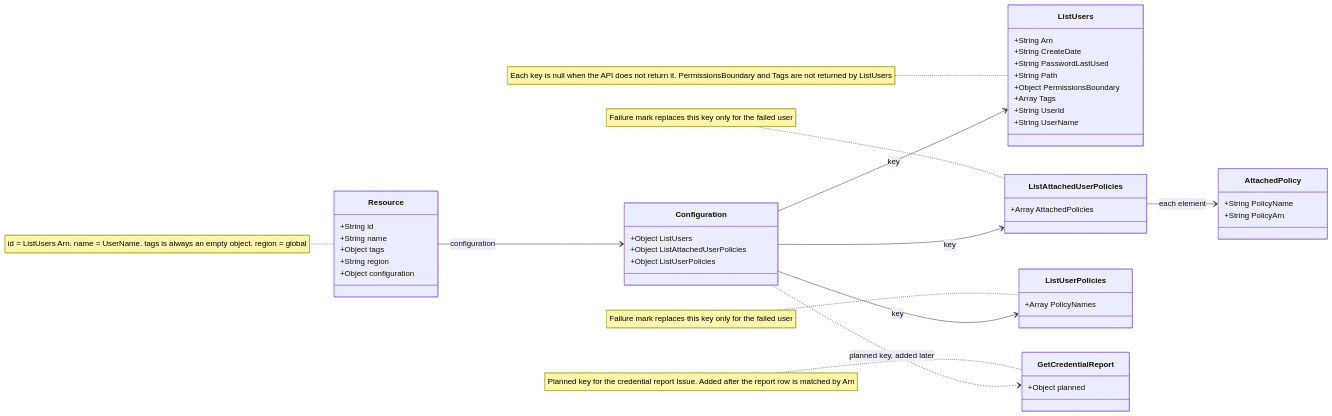
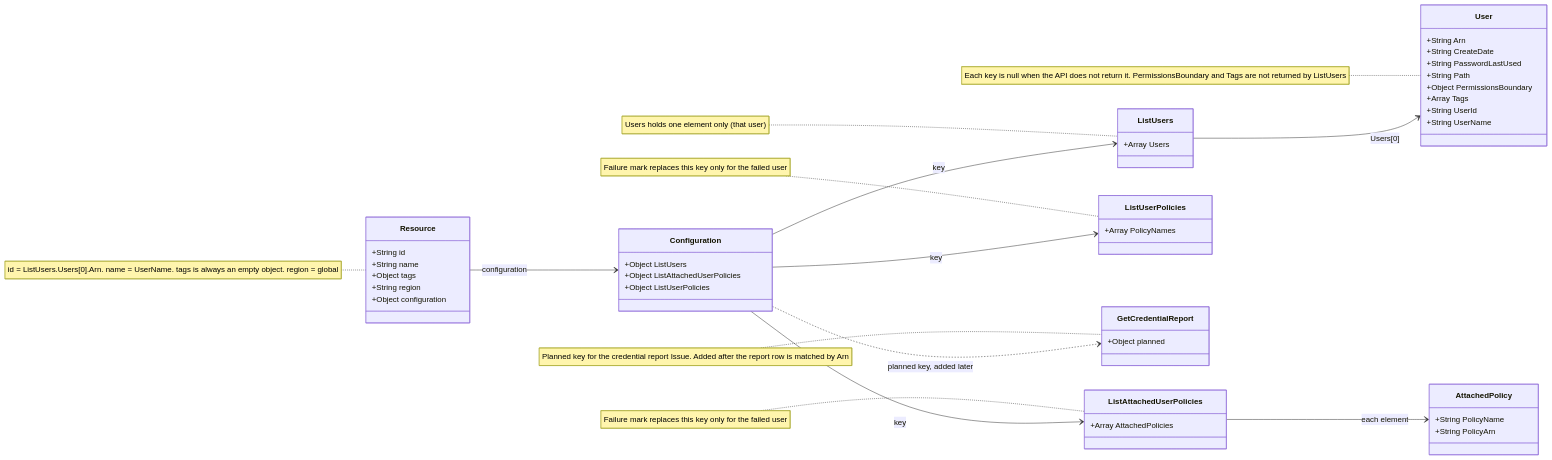
One commit to morryyrrom/yata-cli changed the diagram in docs/diagrams/Diagram-0012-IAM-User-Config-Keys.md. Above: the diagram before and after it, drawn with Mermaid. The commit also changed 9 other files, not shown here.

````diff
--- a/docs/diagrams/Diagram-0012-IAM-User-Config-Keys.md
+++ b/docs/diagrams/Diagram-0012-IAM-User-Config-Keys.md
@@ -3,59 +3,65 @@
 ```mermaid
 classDiagram
     direction LR
 
     class Resource {
         +String id
         +String name
         +Object tags
         +String region
         +Object configuration
     }
 
     class Configuration {
         +Object ListUsers
         +Object ListAttachedUserPolicies
         +Object ListUserPolicies
     }
 
     class ListUsers {
+        +Array Users
+    }
+
+    class User {
         +String Arn
         +String CreateDate
         +String PasswordLastUsed
         +String Path
         +Object PermissionsBoundary
         +Array Tags
         +String UserId
         +String UserName
     }
 
     class ListAttachedUserPolicies {
         +Array AttachedPolicies
     }
 
     class AttachedPolicy {
         +String PolicyName
         +String PolicyArn
     }
 
     class ListUserPolicies {
         +Array PolicyNames
     }
 
     class GetCredentialReport {
         +Object planned
     }
 
-    note for Resource "id = ListUsers Arn. name = UserName. tags is always an empty object. region = global"
-    note for ListUsers "Each key is null when the API does not return it. PermissionsBoundary and Tags are not returned by ListUsers"
+    note for Resource "id = ListUsers.Users[0].Arn. name = UserName. tags is always an empty object. region = global"
+    note for ListUsers "Users holds one element only (that user)"
+    note for User "Each key is null when the API does not return it. PermissionsBoundary and Tags are not returned by ListUsers"
     note for ListAttachedUserPolicies "Failure mark replaces this key only for the failed user"
     note for ListUserPolicies "Failure mark replaces this key only for the failed user"
     note for GetCredentialReport "Planned key for the credential report Issue. Added after the report row is matched by Arn"
 
     Resource --> Configuration : configuration
     Configuration --> ListUsers : key
+    ListUsers --> User : Users[0]
     Configuration --> ListAttachedUserPolicies : key
     Configuration --> ListUserPolicies : key
     Configuration ..> GetCredentialReport : planned key, added later
     ListAttachedUserPolicies --> AttachedPolicy : each element
 ```
````
